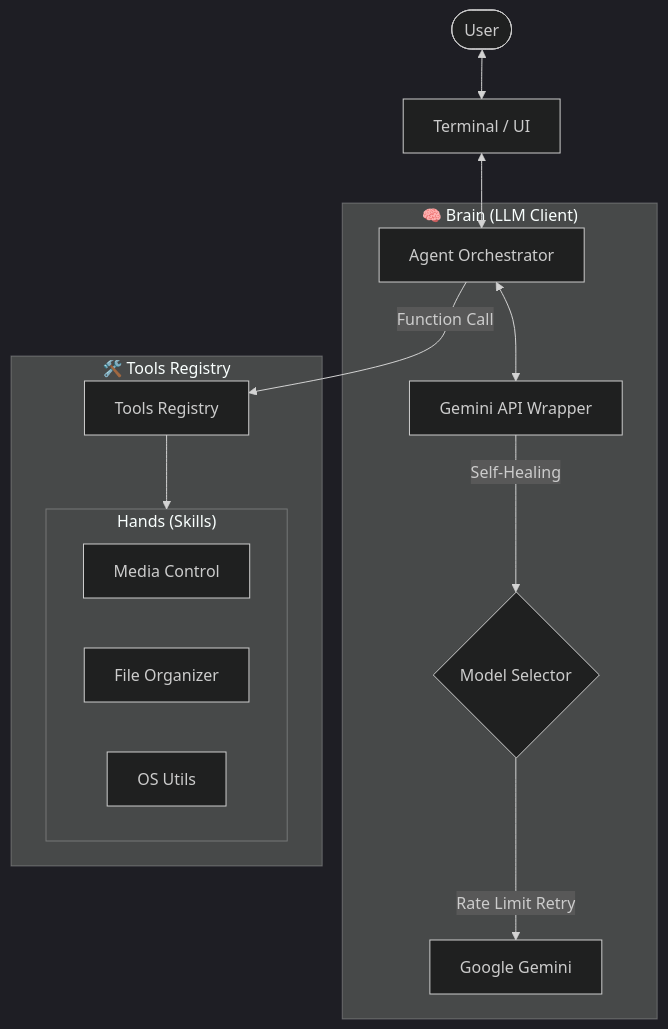
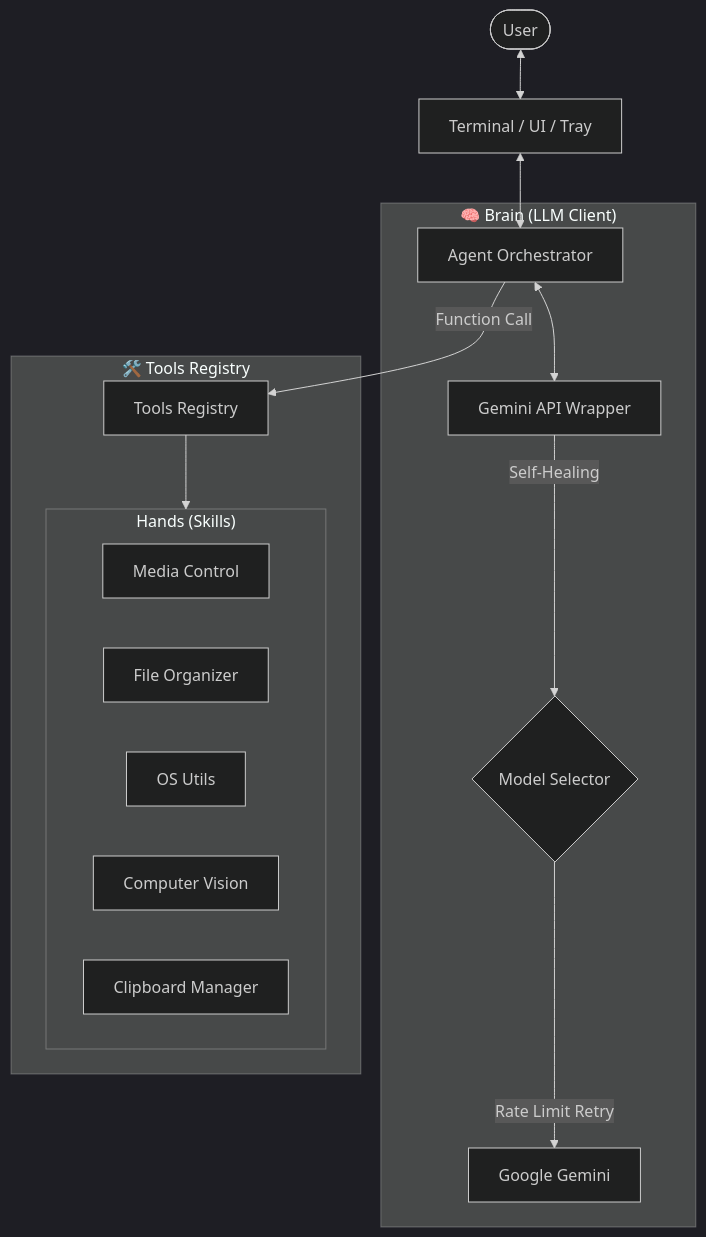
Before and after one commit to Andalexskywalker/jarvis-like: the diagram in README.md, drawn with Mermaid (dark theme). The commit also changed other lines of this file and 32 other files, not shown here.

````diff
--- a/README.md
+++ b/README.md
@@ -20,22 +22,24 @@
 ```mermaid
 graph TD
-    User([User]) <--> CLI[Terminal / UI]
+    User([User]) <--> CLI[Terminal / UI / Tray]
     CLI <--> Agent[Agent Orchestrator]
     
     subgraph Brain ["🧠 Brain (LLM Client)"]
         Agent <--> LLM[Gemini API Wrapper]
         LLM -- "Self-Healing" --> Model{Model Selector}
         Model -- "Rate Limit Retry" --> Google[Google Gemini]
     end
     
     subgraph Body ["🛠️ Tools Registry"]
         Agent -- "Function Call" --> Registry[Tools Registry]
         Registry --> Skills
         
         subgraph Skills ["Hands (Skills)"]
             Media[Media Control]
             Files[File Organizer]
             System[OS Utils]
+            Vision[Computer Vision]
+            Clipboard[Clipboard Manager]
         end
     end
 ```
````
